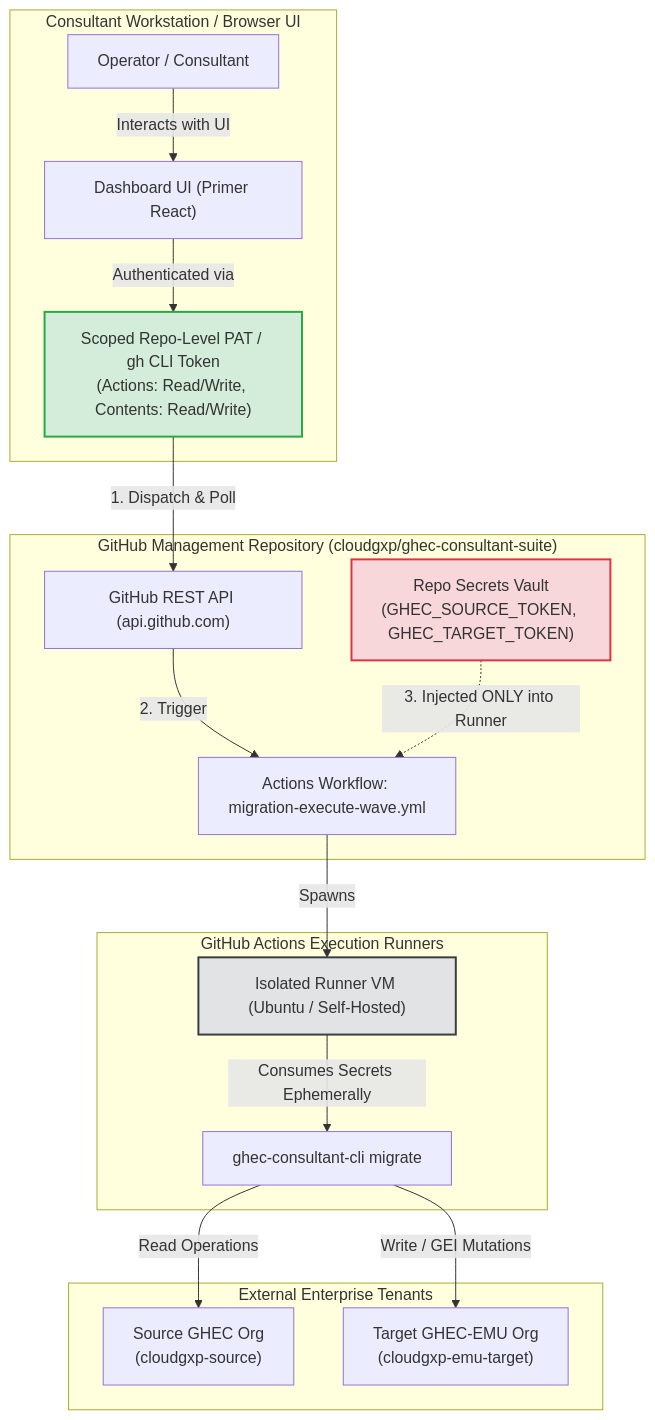
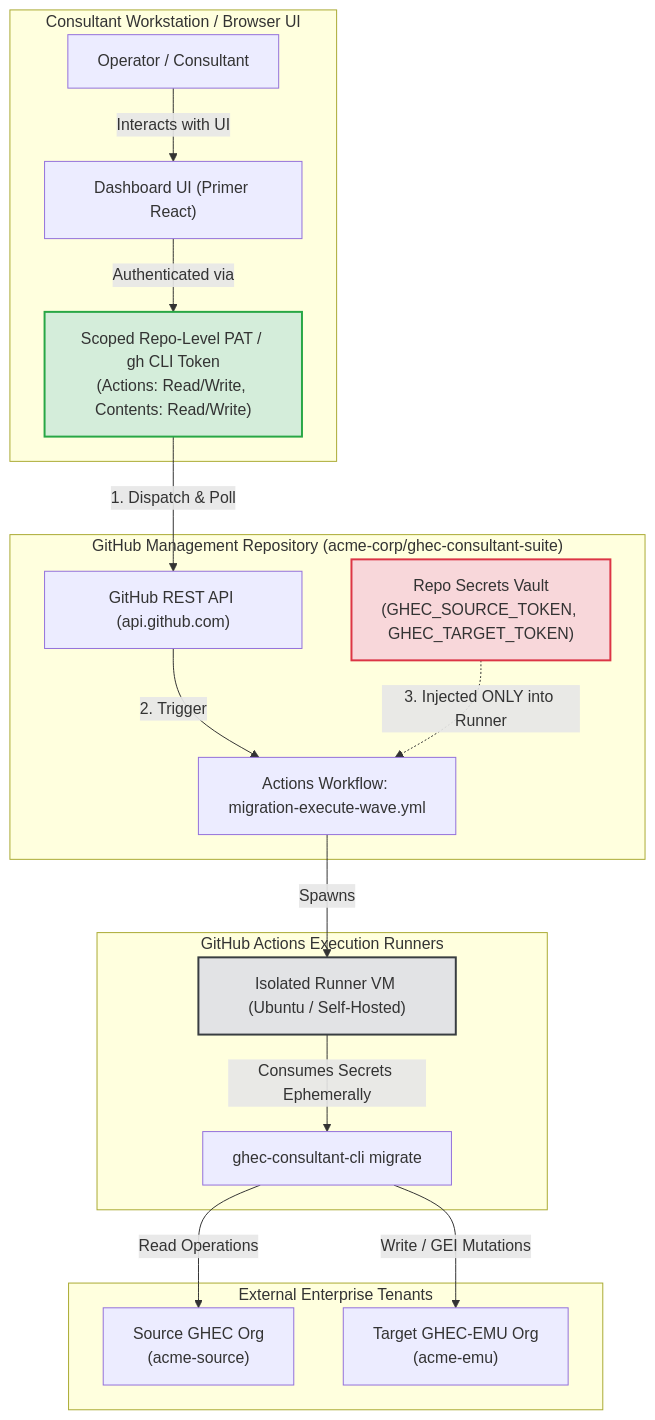
One commit to cloudgxp/ghec-consultant-suite changed the first of 4 diagrams in docs/reports/migration-dashboard-feasibility-study.md. Above: the diagram before and after it, drawn with Mermaid. The commit also changed other lines of this file and 195 other files, not shown here.

````diff
--- a/docs/reports/migration-dashboard-feasibility-study.md
+++ b/docs/reports/migration-dashboard-feasibility-study.md
@@ -59,36 +59,36 @@
 ```mermaid
 graph TD
     subgraph ConsultantWorkstation["Consultant Workstation / Browser UI"]
         Operator["Operator / Consultant"]
         Dashboard["Dashboard UI (Primer React)"]
         ScopedToken["Scoped Repo-Level PAT / gh CLI Token<br/>(Actions: Read/Write, Contents: Read/Write)"]
         Operator -->|Interacts with UI| Dashboard
         Dashboard -->|Authenticated via| ScopedToken
     end
 
-    subgraph GitHubControlPlane["GitHub Management Repository (cloudgxp/ghec-consultant-suite)"]
+    subgraph GitHubControlPlane["GitHub Management Repository (acme-corp/ghec-consultant-suite)"]
         RepoAPI["GitHub REST API (api.github.com)"]
         RepoSecrets["Repo Secrets Vault<br/>(GHEC_SOURCE_TOKEN, GHEC_TARGET_TOKEN)"]
         Workflow["Actions Workflow: migration-execute-wave.yml"]
         ScopedToken -->|1. Dispatch & Poll| RepoAPI
         RepoAPI -->|2. Trigger| Workflow
         RepoSecrets -.->|3. Injected ONLY into Runner| Workflow
     end
 
     subgraph Runners["GitHub Actions Execution Runners"]
         Runner["Isolated Runner VM (Ubuntu / Self-Hosted)"]
         Workflow -->|Spawns| Runner
         Runner -->|Consumes Secrets Ephemerally| CLI["ghec-consultant-cli migrate"]
     end
 
     subgraph ExternalTenants["External Enterprise Tenants"]
-        SourceOrg["Source GHEC Org<br/>(cloudgxp-source)"]
-        TargetOrg["Target GHEC-EMU Org<br/>(cloudgxp-emu-target)"]
+        SourceOrg["Source GHEC Org<br/>(acme-source)"]
+        TargetOrg["Target GHEC-EMU Org<br/>(acme-emu)"]
         CLI -->|Read Operations| SourceOrg
         CLI -->|Write / GEI Mutations| TargetOrg
     end
 
     style ScopedToken fill:#d4edda,stroke:#28a745,stroke-width:2px;
     style RepoSecrets fill:#f8d7da,stroke:#dc3545,stroke-width:2px;
     style Runner fill:#e2e3e5,stroke:#383d41,stroke-width:2px;
 ```
````
